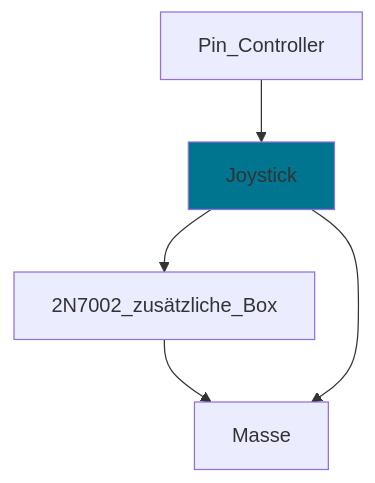
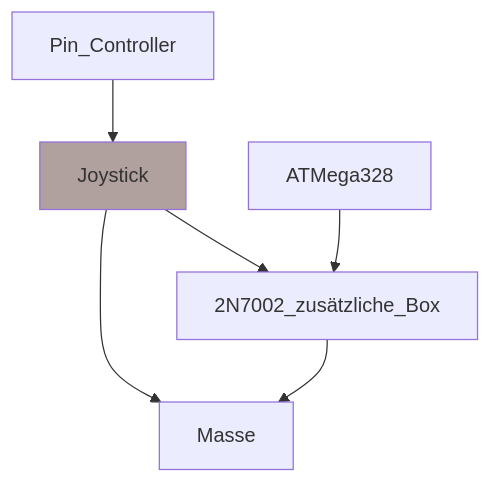
The diagram in README.md (al3c00/Samro_Bedienbox), drawn with Mermaid before and after one commit. The commit also changed other lines of this file, not shown here.

Commit message:
Detailierter Funktionsbeschrieb
Updated the diagram and added notes on ISP pin usage and jumper functionality.

````diff
--- a/README.md
+++ b/README.md
@@ -15,9 +15,10 @@
 ```mermaid
   graph TD;
   Pin_Controller-->Joystick;
-  Joystick-->2N7002_zusätzliche_Box
+  Joystick-->2N7002_zusätzliche_Box;
+  ATMega328-->2N7002_zusätzliche_Box;
   2N7002_zusätzliche_Box-->Masse;
   Joystick-->Masse;
 
-style Joystick fill:#00758f
+style Joystick fill:#B0A09E
 ```
````
